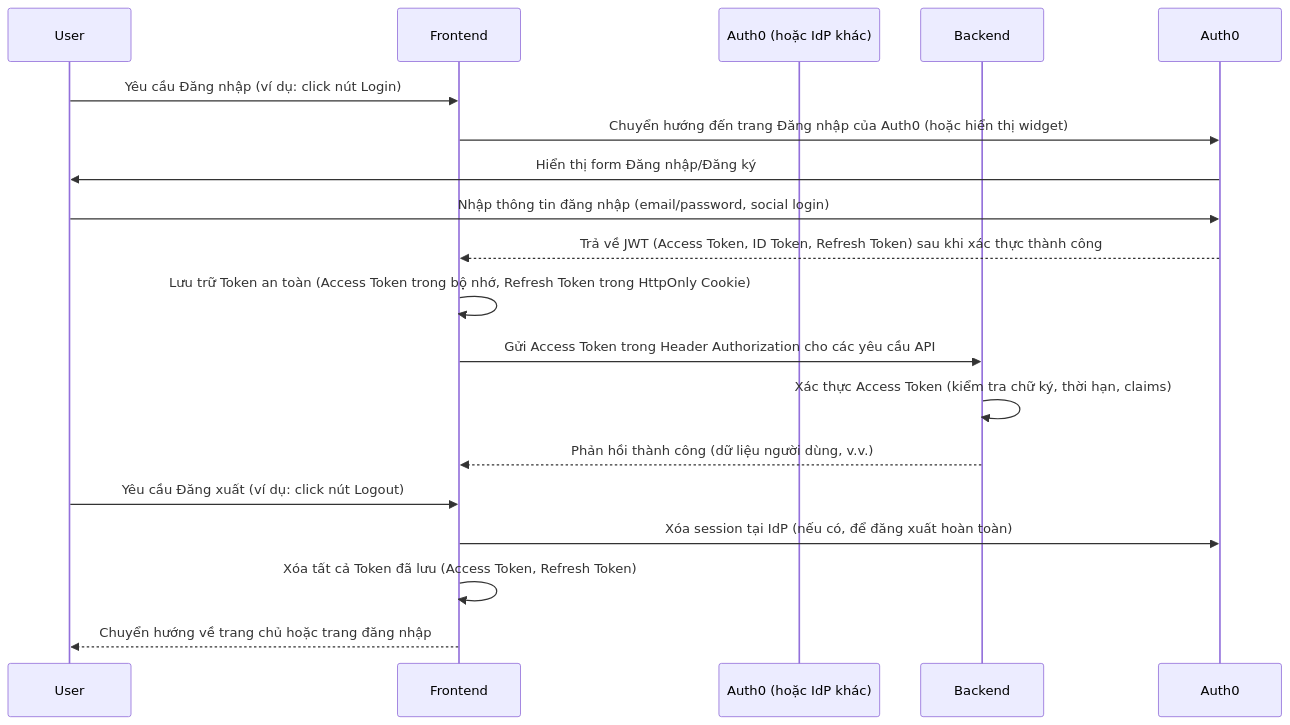
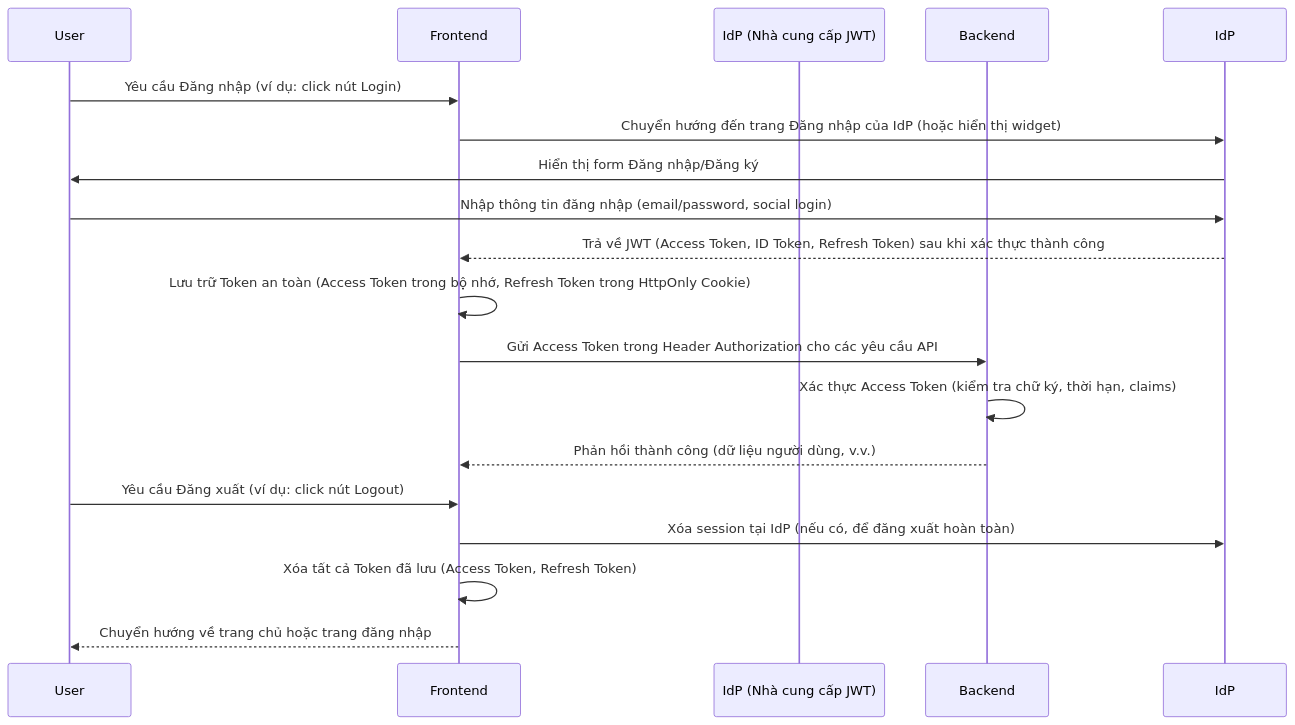
One commit to hkthao/family-tree-3 changed the diagram in docs/engineering/security-guide.md. Above: the diagram before and after it, drawn with Mermaid. The commit also changed other lines of this file and 6 other files, not shown here.

````diff
--- a/docs/engineering/security-guide.md
+++ b/docs/engineering/security-guide.md
@@ -95,22 +95,22 @@
 ```mermaid
 sequenceDiagram
     participant User
     participant Frontend
-    participant Auth0 (hoặc IdP khác)
+    participant IdP (Nhà cung cấp JWT)
     participant Backend
 
     User->>Frontend: Yêu cầu Đăng nhập (ví dụ: click nút Login)
-    Frontend->>Auth0: Chuyển hướng đến trang Đăng nhập của Auth0 (hoặc hiển thị widget)
-    Auth0->>User: Hiển thị form Đăng nhập/Đăng ký
-    User->>Auth0: Nhập thông tin đăng nhập (email/password, social login)
-    Auth0-->>Frontend: Trả về JWT (Access Token, ID Token, Refresh Token) sau khi xác thực thành công
+    Frontend->>IdP: Chuyển hướng đến trang Đăng nhập của IdP (hoặc hiển thị widget)
+    IdP->>User: Hiển thị form Đăng nhập/Đăng ký
+    User->>IdP: Nhập thông tin đăng nhập (email/password, social login)
+    IdP-->>Frontend: Trả về JWT (Access Token, ID Token, Refresh Token) sau khi xác thực thành công
     Frontend->>Frontend: Lưu trữ Token an toàn (Access Token trong bộ nhớ, Refresh Token trong HttpOnly Cookie)
     Frontend->>Backend: Gửi Access Token trong Header Authorization cho các yêu cầu API
     Backend->>Backend: Xác thực Access Token (kiểm tra chữ ký, thời hạn, claims)
     Backend-->>Frontend: Phản hồi thành công (dữ liệu người dùng, v.v.)
 
     User->>Frontend: Yêu cầu Đăng xuất (ví dụ: click nút Logout)
-    Frontend->>Auth0: Xóa session tại IdP (nếu có, để đăng xuất hoàn toàn)
+    Frontend->>IdP: Xóa session tại IdP (nếu có, để đăng xuất hoàn toàn)
     Frontend->>Frontend: Xóa tất cả Token đã lưu (Access Token, Refresh Token)
     Frontend-->>User: Chuyển hướng về trang chủ hoặc trang đăng nhập
 ```
````
